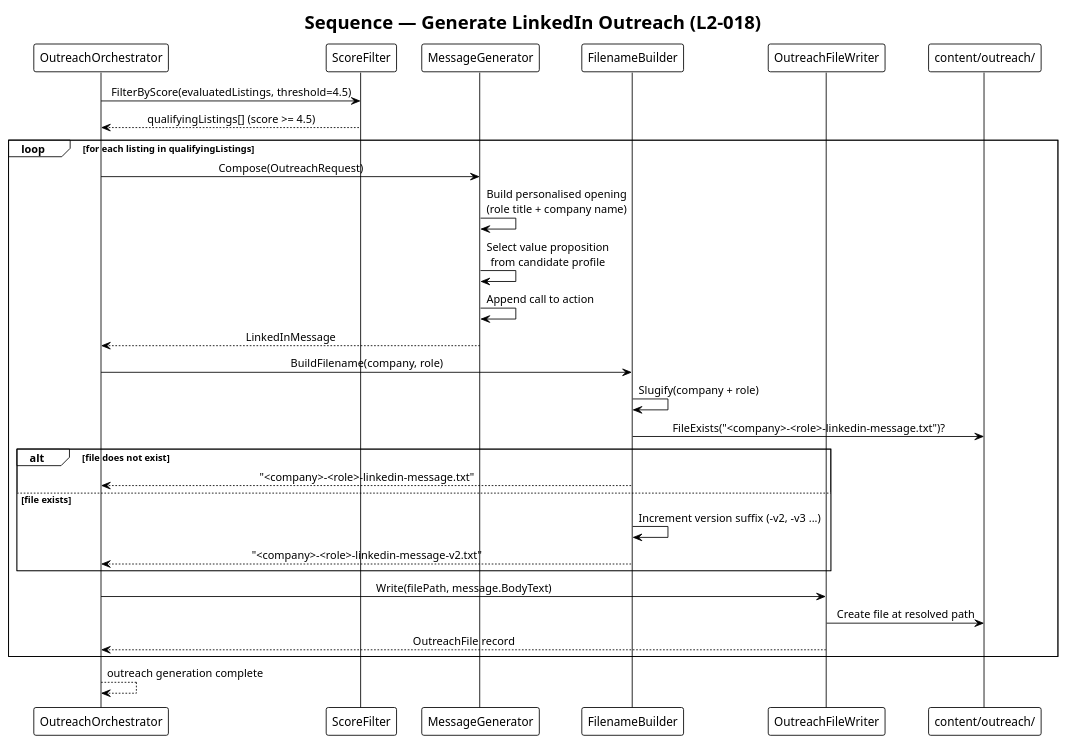
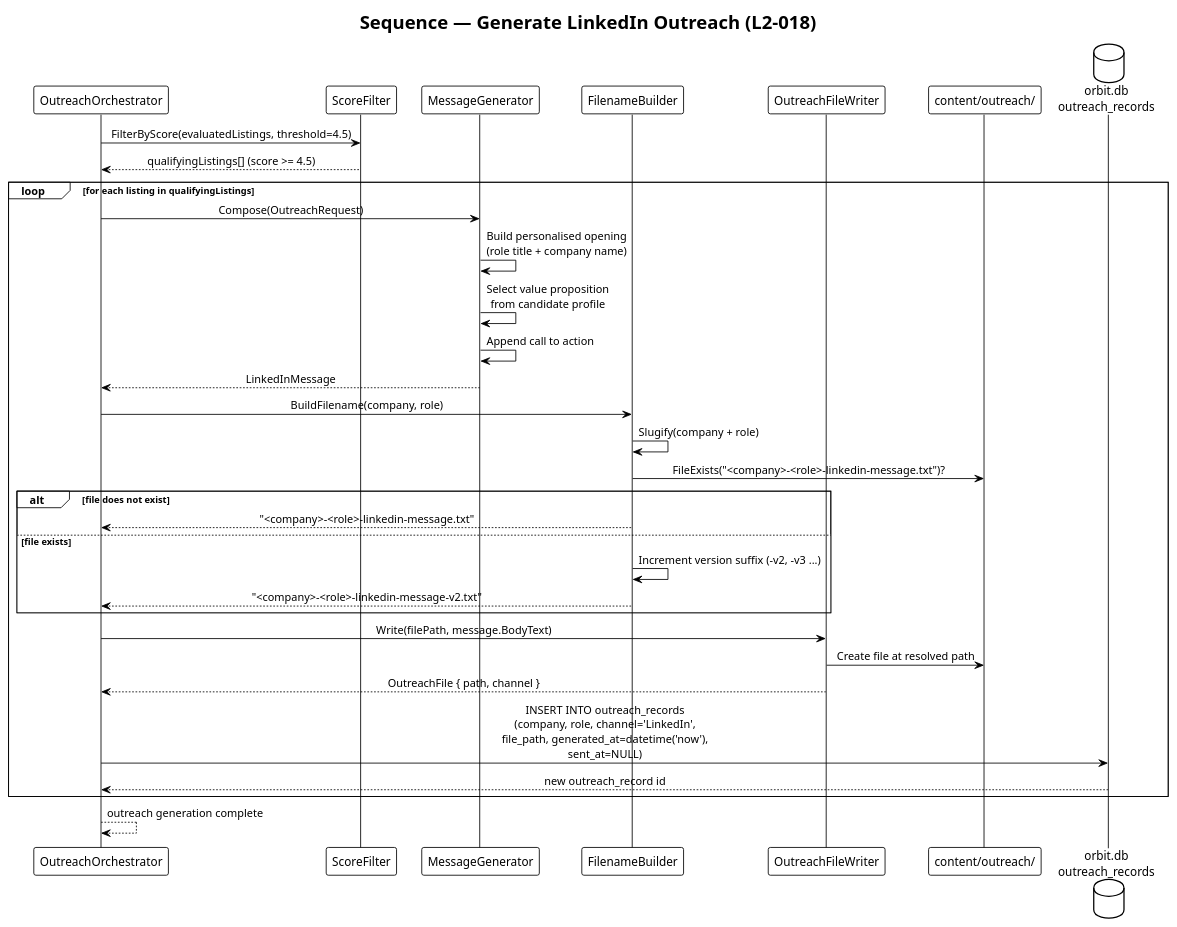
The diagram in docs/detailed-designs/09-outreach-management/diagrams/sequence_generate_outreach.puml (QuinntyneBrown/Orbit), drawn with PlantUML before and after one commit. The commit also changed 4 other files, not shown here.

Commit message:
Update sequence diagrams for pipeline validation, role classification, outreach, recruiter follow-up, and startup validation

```diff
--- a/docs/detailed-designs/09-outreach-management/diagrams/sequence_generate_outreach.puml
+++ b/docs/detailed-designs/09-outreach-management/diagrams/sequence_generate_outreach.puml
@@ -1,41 +1,45 @@
 @startuml sequence_generate_outreach
 !theme plain
 skinparam sequenceMessageAlign center
 
 title Sequence — Generate LinkedIn Outreach (L2-018)
 
 participant "OutreachOrchestrator" as Orch
 participant "ScoreFilter" as Filter
 participant "MessageGenerator" as Generator
 participant "FilenameBuilder" as Namer
 participant "OutreachFileWriter" as Writer
 participant "content/outreach/" as Dir
+database "orbit.db\noutreach_records" as DB
 
 Orch -> Filter : FilterByScore(evaluatedListings, threshold=4.5)
 Filter --> Orch : qualifyingListings[] (score >= 4.5)
 
 loop for each listing in qualifyingListings
     Orch -> Generator : Compose(OutreachRequest)
     Generator -> Generator : Build personalised opening\n(role title + company name)
     Generator -> Generator : Select value proposition\nfrom candidate profile
     Generator -> Generator : Append call to action
     Generator --> Orch : LinkedInMessage
 
     Orch -> Namer : BuildFilename(company, role)
     Namer -> Namer : Slugify(company + role)
     Namer -> Dir : FileExists("<company>-<role>-linkedin-message.txt")?
     alt file does not exist
         Namer --> Orch : "<company>-<role>-linkedin-message.txt"
     else file exists
         Namer -> Namer : Increment version suffix (-v2, -v3 ...)
         Namer --> Orch : "<company>-<role>-linkedin-message-v2.txt"
     end
 
     Orch -> Writer : Write(filePath, message.BodyText)
     Writer -> Dir : Create file at resolved path
-    Writer --> Orch : OutreachFile record
+    Writer --> Orch : OutreachFile { path, channel }
+
+    Orch -> DB : INSERT INTO outreach_records\n(company, role, channel='LinkedIn',\nfile_path, generated_at=datetime('now'),\nsent_at=NULL)
+    DB --> Orch : new outreach_record id
 end
 
 Orch --> Orch : outreach generation complete
 
 @enduml
```
